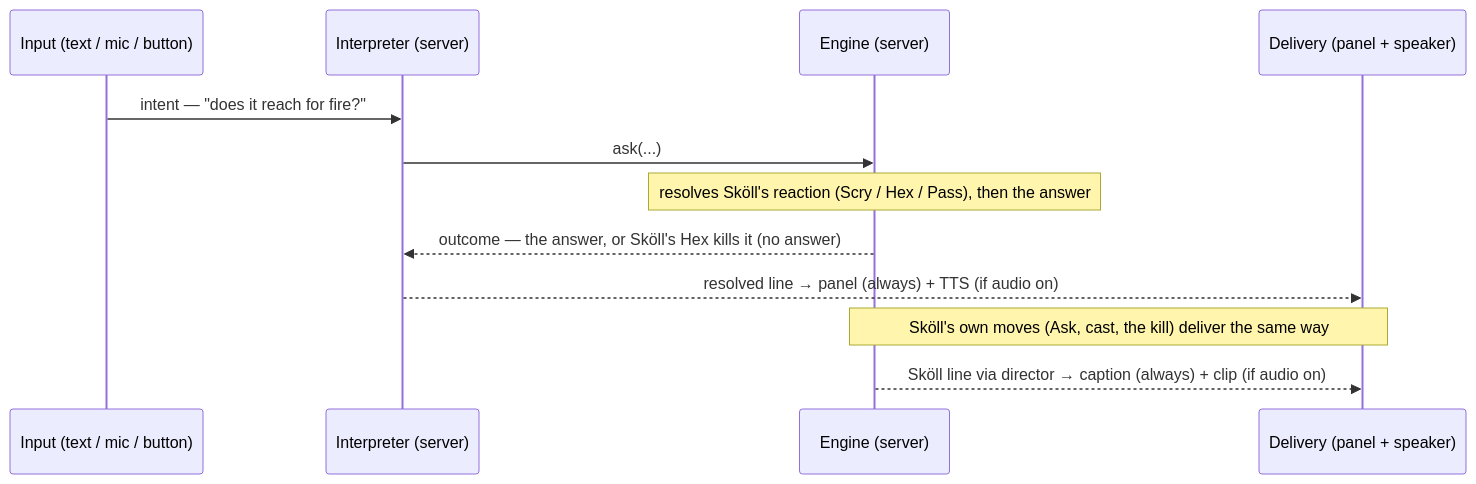
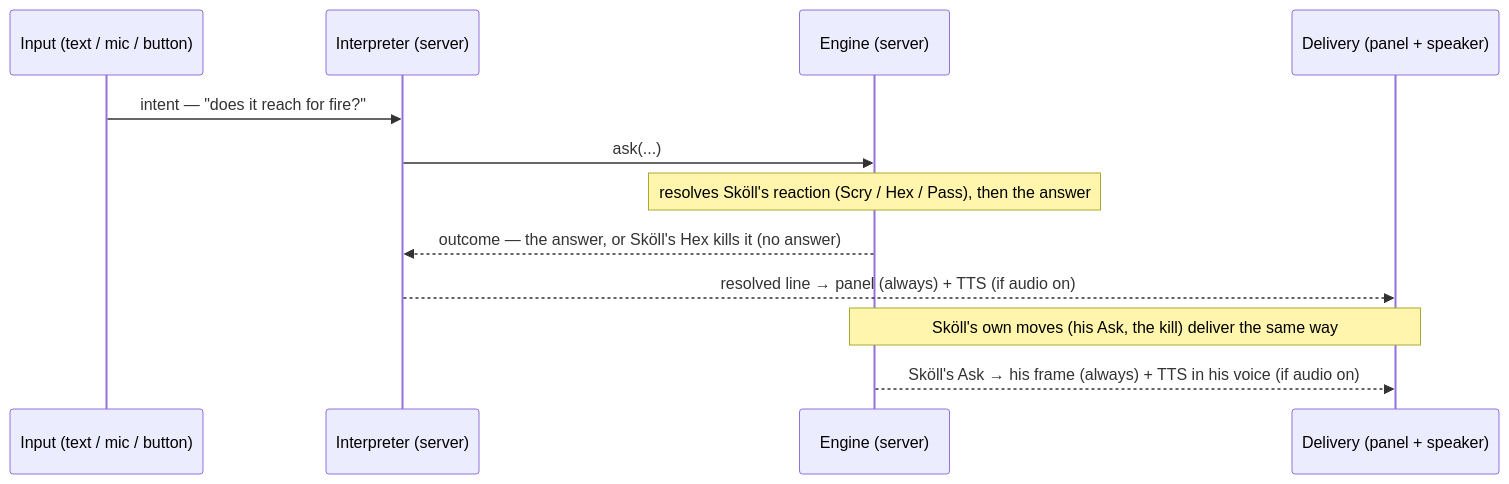
The fifth of 6 diagrams in docs/architecture.md (anchildress1/save-the-sun), drawn with Mermaid before and after one commit. The commit also changed other lines of this file and 23 other files, not shown here.

First line of the commit message:
[codex] Sköll's game-move voice — his Ask via the shared TTS route (voice P2) (#59)

````diff
--- a/docs/architecture.md
+++ b/docs/architecture.md
@@ -212,19 +212,19 @@
 ```mermaid
 %%{init: {'theme': 'default'}}%%
 sequenceDiagram
     accTitle: A conversation turn in the target architecture
     accDescr: A typed or spoken Ask is interpreted server-side into an engine call. The engine resolves Sköll's reaction (Scry, Hex, or Pass) and then the answer in one step, so a Hexed Ask yields no answer at all. The resolved line is delivered through the shared layer as panel text always and TTS audio when audio is on. Sköll's own moves ride the same delivery off engine events.
 
     participant In as Input (text / mic / button)
     participant Interp as Interpreter (server)
     participant Eng as Engine (server)
     participant Del as Delivery (panel + speaker)
 
     In->>Interp: intent — "does it reach for fire?"
     Interp->>Eng: ask(...)
     Note over Eng: resolves Sköll's reaction (Scry / Hex / Pass), then the answer
     Eng-->>Interp: outcome — the answer, or Sköll's Hex kills it (no answer)
     Interp-->>Del: resolved line → panel (always) + TTS (if audio on)
-    Note over Eng,Del: Sköll's own moves (Ask, cast, the kill) deliver the same way
-    Eng-->>Del: Sköll line via director → caption (always) + clip (if audio on)
+    Note over Eng,Del: Sköll's own moves (his Ask, the kill) deliver the same way
+    Eng-->>Del: Sköll's Ask → his frame (always) + TTS in his voice (if audio on)
 ```
````
